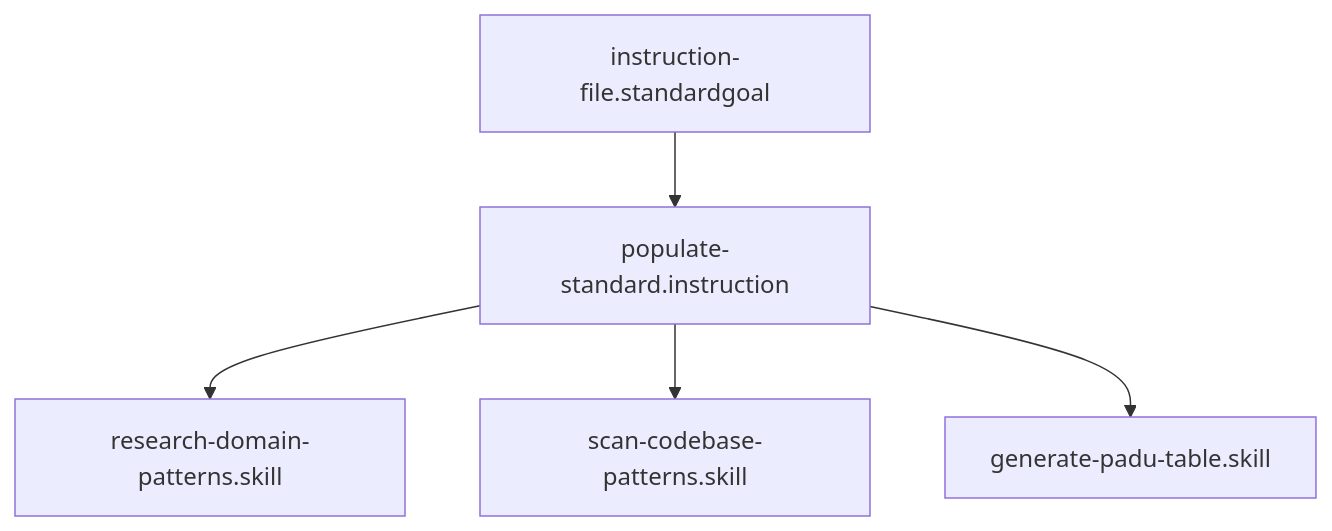
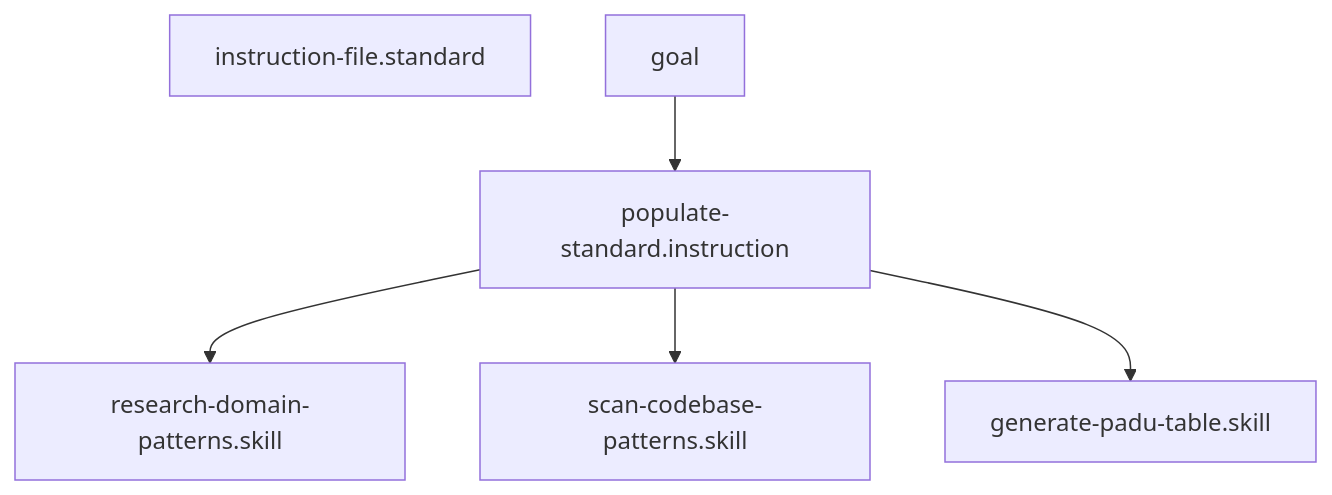
Before and after one commit to Gizmo4Life/ai-kernel: the diagram in instructions/populate-standard.instruction.md, drawn with Mermaid. The commit also changed other lines of this file and 101 other files, not shown here.

````diff
--- a/instructions/populate-standard.instruction.md
+++ b/instructions/populate-standard.instruction.md
@@ -26,7 +26,8 @@
 ```mermaid
 graph TD
-    instruction-file.standardgoal --> populate-standard.instruction
+    instruction-file.standard
+goal --> populate-standard.instruction
     populate-standard.instruction --> research-domain-patterns[research-domain-patterns.skill]
     populate-standard.instruction --> scan-codebase-patterns[scan-codebase-patterns.skill]
     populate-standard.instruction --> generate-padu-table[generate-padu-table.skill]
 ```
````
